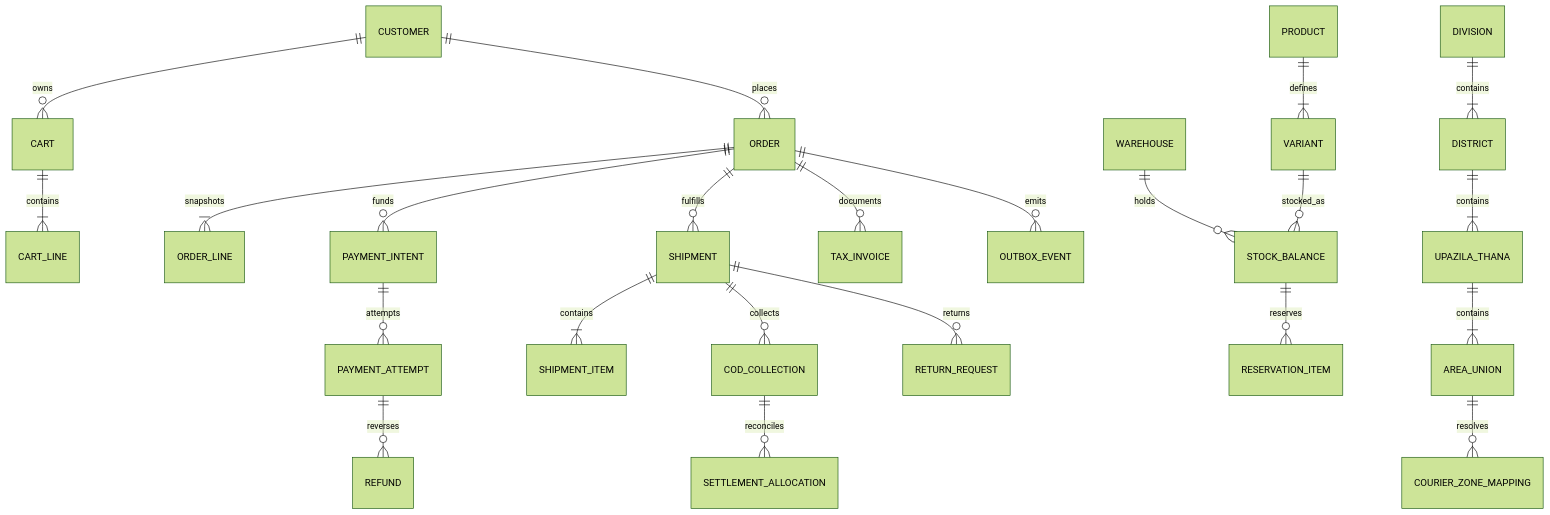
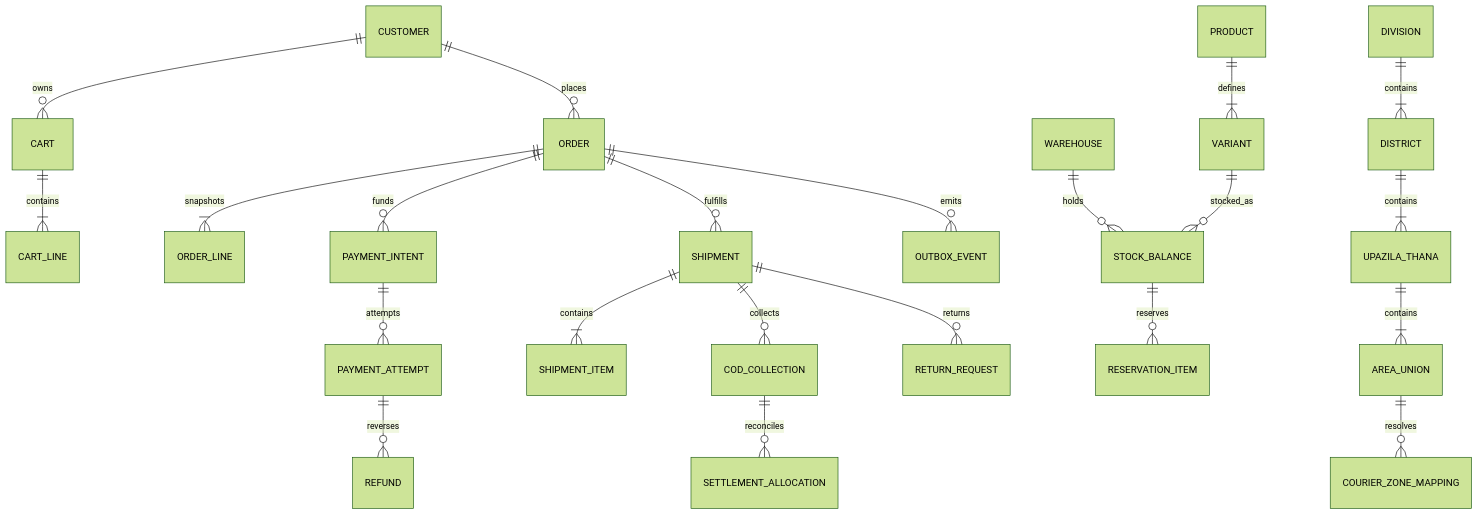
One commit to aarajops/aaraj changed the third of 3 diagrams in docs/architecture/ecommerce-blueprint.md. Above: the diagram before and after it, drawn with Mermaid (forest theme). The commit also changed other lines of this file and 42 other files, not shown here.

````diff
--- a/docs/architecture/ecommerce-blueprint.md
+++ b/docs/architecture/ecommerce-blueprint.md
@@ -512,25 +504,24 @@
 ```mermaid
 erDiagram
   CUSTOMER ||--o{ CART : owns
   CART ||--|{ CART_LINE : contains
   PRODUCT ||--|{ VARIANT : defines
   VARIANT ||--o{ STOCK_BALANCE : stocked_as
   WAREHOUSE ||--o{ STOCK_BALANCE : holds
   STOCK_BALANCE ||--o{ RESERVATION_ITEM : reserves
   CUSTOMER ||--o{ ORDER : places
   ORDER ||--|{ ORDER_LINE : snapshots
   ORDER ||--o{ PAYMENT_INTENT : funds
   PAYMENT_INTENT ||--o{ PAYMENT_ATTEMPT : attempts
   PAYMENT_ATTEMPT ||--o{ REFUND : reverses
   ORDER ||--o{ SHIPMENT : fulfills
   SHIPMENT ||--|{ SHIPMENT_ITEM : contains
   SHIPMENT ||--o{ COD_COLLECTION : collects
   COD_COLLECTION ||--o{ SETTLEMENT_ALLOCATION : reconciles
   SHIPMENT ||--o{ RETURN_REQUEST : returns
   DIVISION ||--|{ DISTRICT : contains
   DISTRICT ||--|{ UPAZILA_THANA : contains
   UPAZILA_THANA ||--|{ AREA_UNION : contains
   AREA_UNION ||--o{ COURIER_ZONE_MAPPING : resolves
-  ORDER ||--o{ TAX_INVOICE : documents
   ORDER ||--o{ OUTBOX_EVENT : emits
 ```
````
